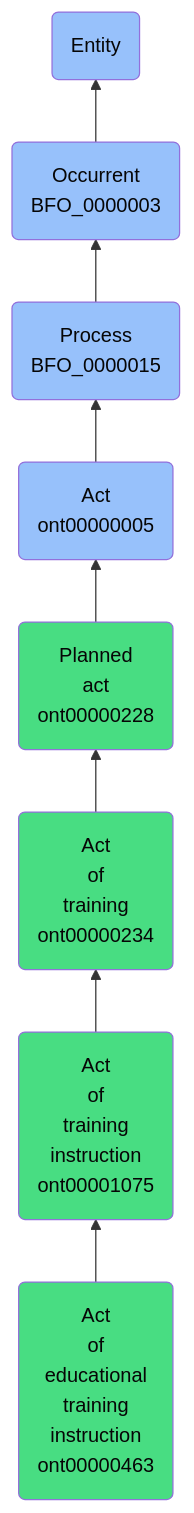
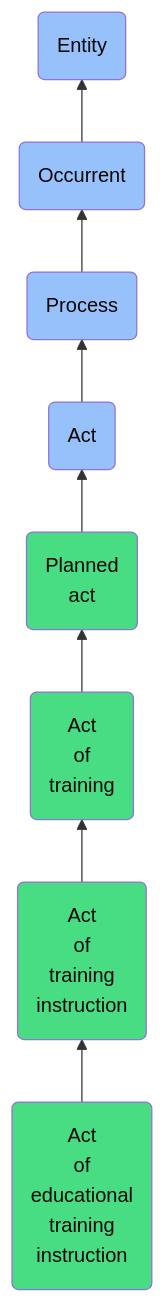
One commit to jupyter-naas/abi changed the diagram in docs/ontology/reference/model/Entity/Occurrent/Process/Act/Planned act/Act of training/Act of training instruction/Act of educational training instruction/Act of educational training instruction.md. Above: the diagram before and after it, drawn with Mermaid. The commit also changed other lines of this file and 1430 other files, not shown here.

````diff
--- a/docs/ontology/reference/model/Entity/Occurrent/Process/Act/Planned act/Act of training/Act of training instruction/Act of educational training instruction/Act of educational training instruction.md
+++ b/docs/ontology/reference/model/Entity/Occurrent/Process/Act/Planned act/Act of training/Act of training instruction/Act of educational training instruction/Act of educational training instruction.md
@@ -24,15 +24,15 @@
 ```mermaid
 graph BT
-    ont00000463(Act<br>of<br>educational<br>training<br>instruction<br>ont00000463):::ABI-->ont00001075
-    ont00001075(Act<br>of<br>training<br>instruction<br>ont00001075):::ABI-->ont00000234
-    ont00000234(Act<br>of<br>training<br>ont00000234):::ABI-->ont00000228
-    ont00000228(Planned<br>act<br>ont00000228):::ABI-->ont00000005
-    ont00000005(Act<br>ont00000005):::BFO-->BFO_0000015
-    BFO_0000015(Process<br>BFO_0000015):::BFO-->BFO_0000003
-    BFO_0000003(Occurrent<br>BFO_0000003):::BFO-->BFO_0000001
+    ont00000463(Act<br>of<br>educational<br>training<br>instruction):::ABI-->ont00001075
+    ont00001075(Act<br>of<br>training<br>instruction):::ABI-->ont00000234
+    ont00000234(Act<br>of<br>training):::ABI-->ont00000228
+    ont00000228(Planned<br>act):::ABI-->ont00000005
+    ont00000005(Act):::BFO-->BFO_0000015
+    BFO_0000015(Process):::BFO-->BFO_0000003
+    BFO_0000003(Occurrent):::BFO-->BFO_0000001
     BFO_0000001(Entity):::BFO
     
     classDef BFO fill:#97c1fb,color:#060606
     classDef CCO fill:#e4c51e,color:#060606
     classDef ABI fill:#48DD82,color:#060606
 ```
````
